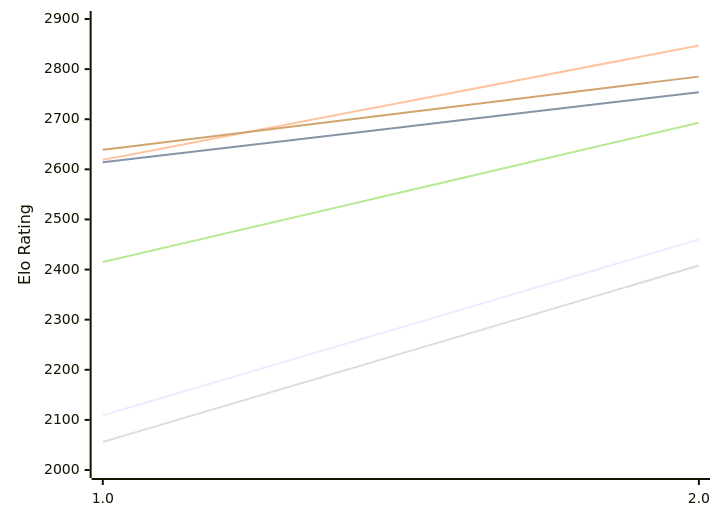
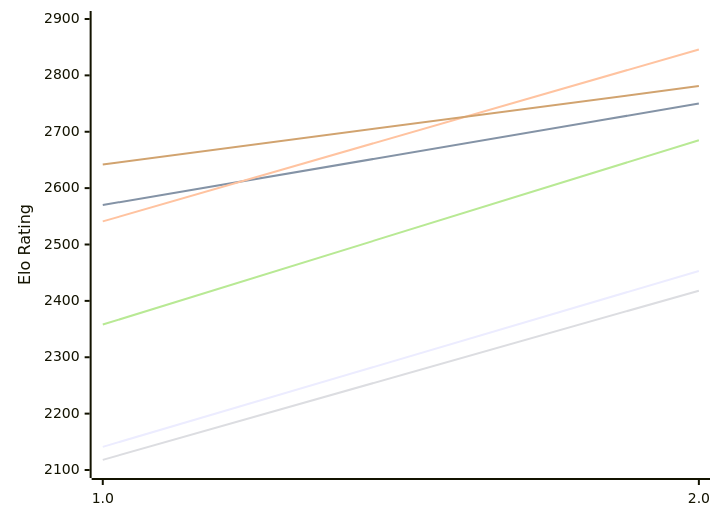
One commit to computer-chess-index/cci changed the first of 2 diagrams in engines/Revolver.md. Above: the diagram before and after it, drawn with Mermaid. The commit also changed other lines of this file, not shown here.

Commit message:
Update CCI Ratings (ELO VLTC) - 2026-11-15

````diff
--- a/engines/Revolver.md
+++ b/engines/Revolver.md
@@ -50,12 +50,12 @@
 ```mermaid
 %%{init: {"theme":"base","themeVariables":{"seriesColors:['#a3a3a3','#222221','#faa371']}}}%%
 xychart-beta
   x-axis ["1.0", "2.0"]
-  y-axis "Elo Rating" 2000 --> 2900
-  line "E1: STC (8.0+0.08s)" [2109, 2460]
-  line "E1: LTC (60.0+0.60s)" [2614, 2754]
-  line "E1: VLTC (2m24s+1.12s)" [2619, 2847]
-  line "P1: STC (8.0+0.08s)" [2056, 2408]
-  line "P1: LTC (60.0+0.60s)" [2415, 2693]
-  line "P1: VLTC (2m24s+1.12s)" [2639, 2785]
+  y-axis "Elo Rating" 2100 --> 2900
+  line "E1: STC (8.0+0.08s)" [2141, 2453]
+  line "E1: LTC (60.0+0.60s)" [2570, 2750]
+  line "E1: VLTC (2m24s+1.12s)" [2541, 2846]
+  line "P1: STC (8.0+0.08s)" [2118, 2418]
+  line "P1: LTC (60.0+0.60s)" [2358, 2685]
+  line "P1: VLTC (2m24s+1.12s)" [2642, 2781]
 ```
````
